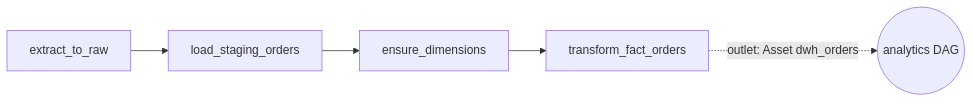
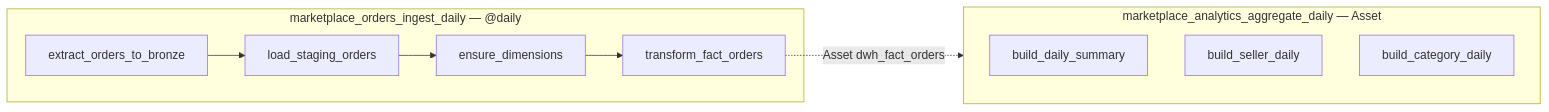
Before and after one commit to Nassim-Bzr/MarketPlace_Analytics: the fourth of 4 diagrams in README.md, drawn with Mermaid. The commit also changed other lines of this file and 26 other files, not shown here.

````diff
--- a/README.md
+++ b/README.md
@@ -805,5 +325,12 @@
 ```mermaid
 flowchart LR
-    A[extract_to_raw] --> B[load_staging_orders] --> C[ensure_dimensions] --> D[transform_fact_orders]
-    D -. "outlet: Asset dwh_orders" .-> E((analytics DAG))
+    subgraph ingest["marketplace_orders_ingest_daily — @daily"]
+        A[extract_orders_to_bronze] --> B[load_staging_orders] --> C[ensure_dimensions] --> D[transform_fact_orders]
+    end
+    subgraph agg["marketplace_analytics_aggregate_daily — Asset"]
+        E[build_daily_summary]
+        F[build_seller_daily]
+        G[build_category_daily]
+    end
+    D -. "Asset dwh_fact_orders" .-> agg
 ```
````
